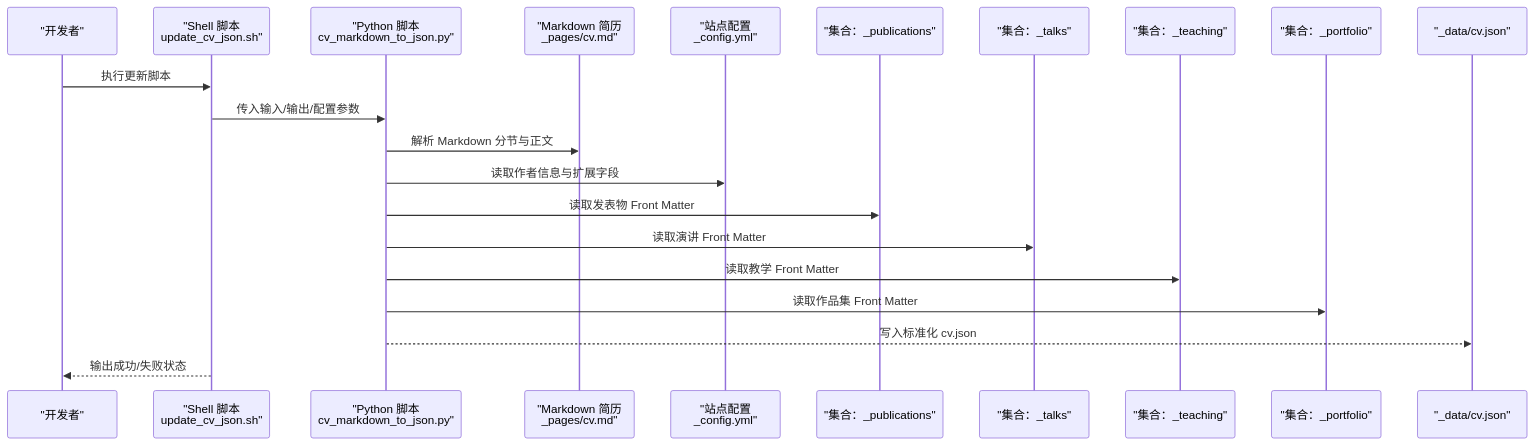
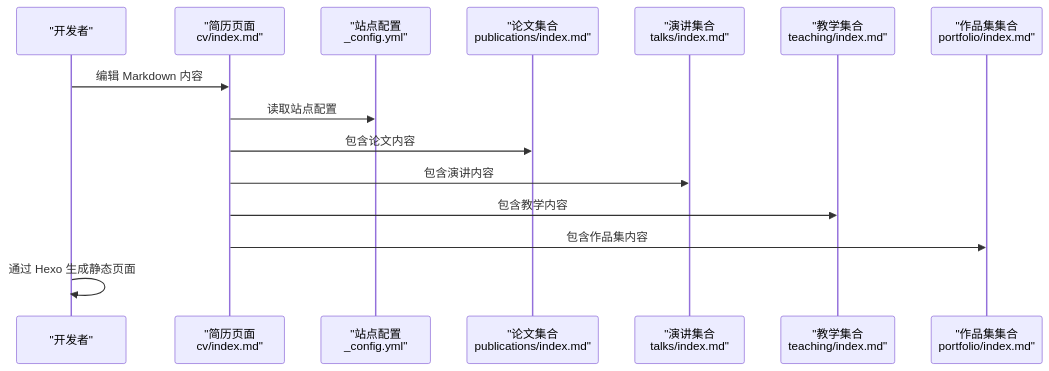
Before and after one commit to CoolPig0720/CoolPig0720.github.io: the second of 3 diagrams in .qoder/repowiki/zh/content/学术功能模块/简历生成功能.md, drawn with Mermaid. The commit also changed other lines of this file and 36 other files, not shown here.

````diff
--- a/.qoder/repowiki/zh/content/学术功能模块/简历生成功能.md
+++ b/.qoder/repowiki/zh/content/学术功能模块/简历生成功能.md
@@ -128,23 +97,17 @@
 ```mermaid
 sequenceDiagram
 participant Dev as "开发者"
-participant Sh as "Shell 脚本<br/>update_cv_json.sh"
-participant Py as "Python 脚本<br/>cv_markdown_to_json.py"
-participant MD as "Markdown 简历<br/>_pages/cv.md"
+participant CV as "简历页面<br/>cv/index.md"
 participant CFG as "站点配置<br/>_config.yml"
-participant PUB as "集合：_publications"
-participant TAL as "集合：_talks"
-participant TCH as "集合：_teaching"
-participant POR as "集合：_portfolio"
-participant OUT as "_data/cv.json"
-Dev->>Sh : 执行更新脚本
-Sh->>Py : 传入输入/输出/配置参数
-Py->>MD : 解析 Markdown 分节与正文
-Py->>CFG : 读取作者信息与扩展字段
-Py->>PUB : 读取发表物 Front Matter
-Py->>TAL : 读取演讲 Front Matter
-Py->>TCH : 读取教学 Front Matter
-Py->>POR : 读取作品集 Front Matter
-Py-->>OUT : 写入标准化 cv.json
-Sh-->>Dev : 输出成功/失败状态
+participant PUB as "论文集合<br/>publications/index.md"
+participant TAL as "演讲集合<br/>talks/index.md"
+participant TCH as "教学集合<br/>teaching/index.md"
+participant POR as "作品集集合<br/>portfolio/index.md"
+Dev->>CV : 编辑 Markdown 内容
+CV->>CFG : 读取站点配置
+CV->>PUB : 包含论文内容
+CV->>TAL : 包含演讲内容
+CV->>TCH : 包含教学内容
+CV->>POR : 包含作品集内容
+Dev->>Dev : 通过 Hexo 生成静态页面
 ```
````
